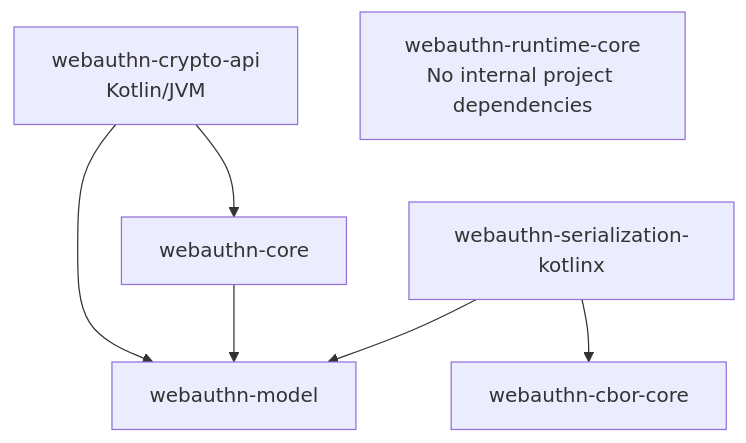
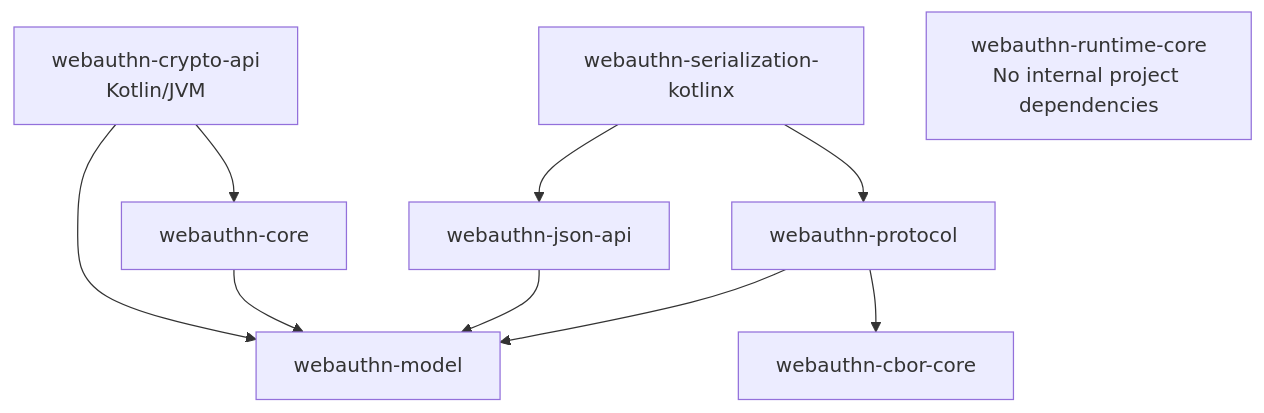
Before and after one commit to szijpeter/webauthn-kotlin-multiplatform: the second of 4 diagrams in docs/architecture.md, drawn with Mermaid. The commit also changed other lines of this file and 39 other files, not shown here.

Commit message:
refactor(core): add raw protocol and neutral JSON foundation

````diff
--- a/docs/architecture.md
+++ b/docs/architecture.md
@@ -58,15 +58,20 @@
 ```mermaid
 flowchart TB
     CRYPTO_API["webauthn-crypto-api<br/>Kotlin/JVM"]
     CORE["webauthn-core"]
     SERIALIZATION["webauthn-serialization-kotlinx"]
+    JSON_API["webauthn-json-api"]
+    PROTOCOL["webauthn-protocol"]
     CBOR["webauthn-cbor-core"]
     MODEL["webauthn-model"]
     RUNTIME["webauthn-runtime-core<br/>No internal project dependencies"]
 
     CRYPTO_API --> CORE
     CRYPTO_API --> MODEL
     CORE --> MODEL
-    SERIALIZATION --> MODEL
-    SERIALIZATION --> CBOR
+    SERIALIZATION --> JSON_API
+    SERIALIZATION --> PROTOCOL
+    JSON_API --> MODEL
+    PROTOCOL --> MODEL
+    PROTOCOL --> CBOR
 ```
````
